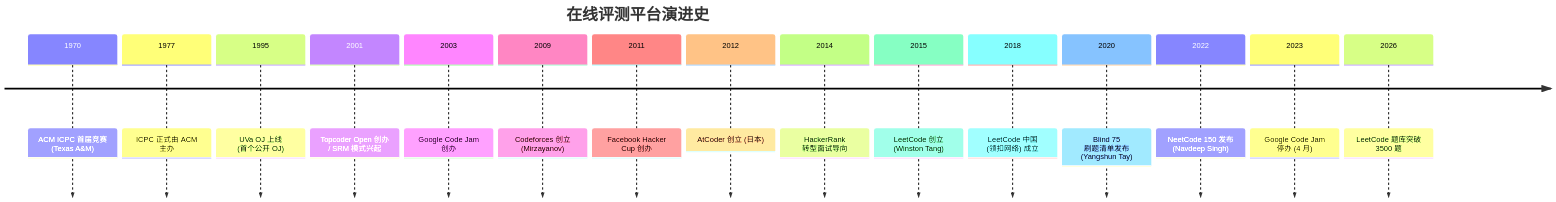
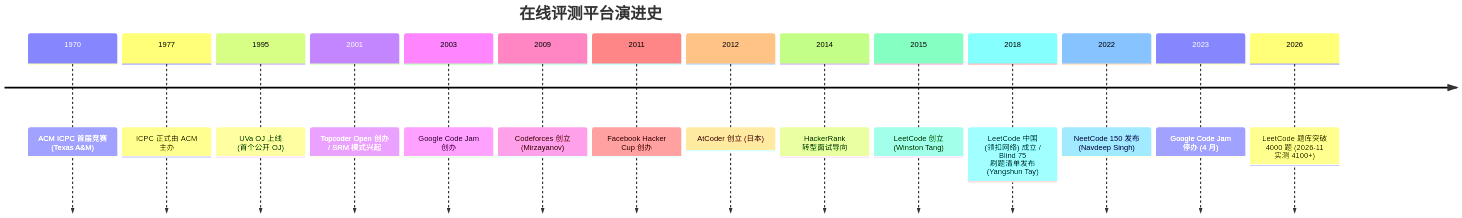
One commit to fanquanpp/FANDEX changed the second of 4 diagrams in cnt-content/full/020-algorithm/300-LeetCodeInterviewGuide.md. Above: the diagram before and after it, drawn with Mermaid. The commit also changed other lines of this file and 1501 other files, not shown here.

````diff
--- a/cnt-content/full/020-algorithm/300-LeetCodeInterviewGuide.md
+++ b/cnt-content/full/020-algorithm/300-LeetCodeInterviewGuide.md
@@ -191,19 +191,18 @@
 ```mermaid
 timeline
     title 在线评测平台演进史
     1970 : ACM ICPC 首届竞赛 (Texas A&M)
     1977 : ICPC 正式由 ACM 主办
     1995 : UVa OJ 上线 (首个公开 OJ)
     2001 : Topcoder Open 创办 / SRM 模式兴起
     2003 : Google Code Jam 创办
     2009 : Codeforces 创立 (Mirzayanov)
     2011 : Facebook Hacker Cup 创办
     2012 : AtCoder 创立 (日本)
     2014 : HackerRank 转型面试导向
     2015 : LeetCode 创立 (Winston Tang)
-    2018 : LeetCode 中国 (领扣网络) 成立
-    2020 : Blind 75 刷题清单发布 (Yangshun Tay)
+    2018 : LeetCode 中国 (领扣网络) 成立 / Blind 75 刷题清单发布 (Yangshun Tay)
     2022 : NeetCode 150 发布 (Navdeep Singh)
     2023 : Google Code Jam 停办 (4 月)
-    2026 : LeetCode 题库突破 3500 题
+    2026 : LeetCode 题库突破 4000 题 (2026-11 实测 4100+)
 ```
````
